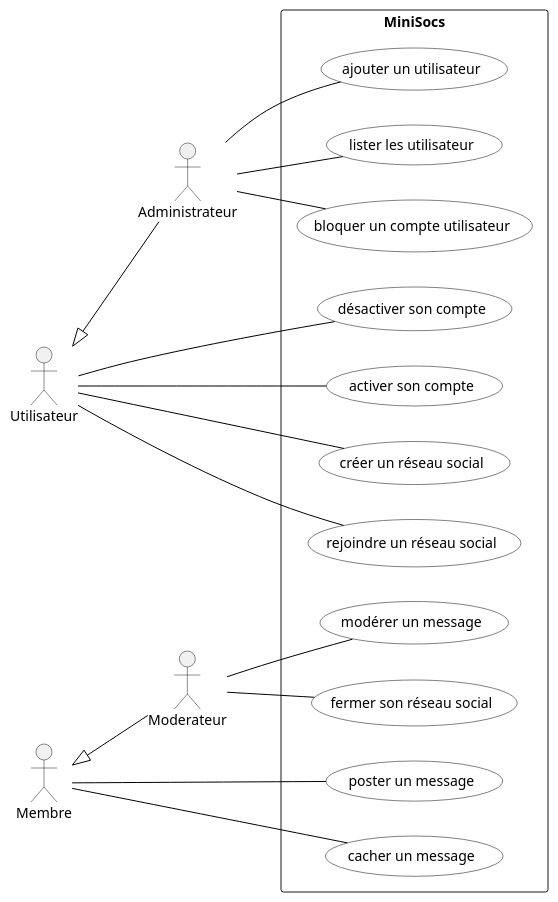
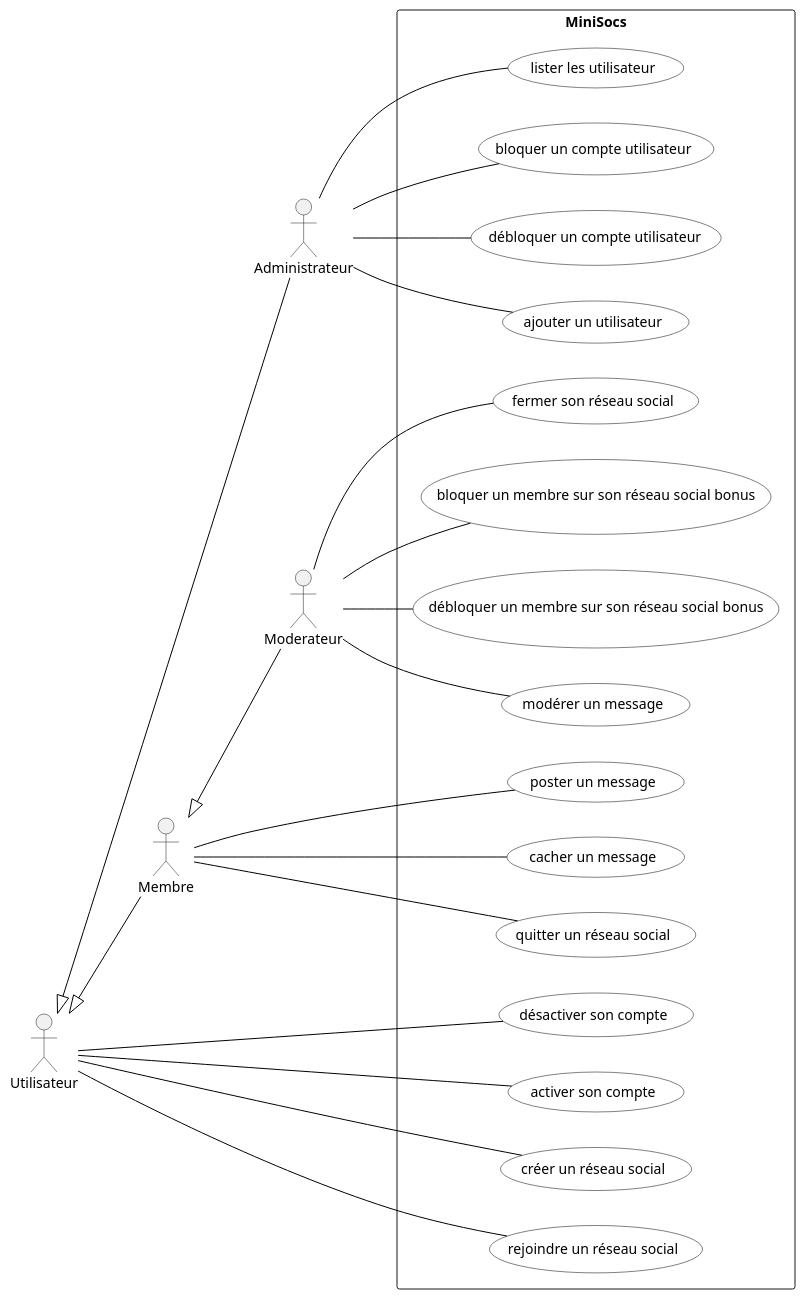
One commit to lukalafaye/MiniSocs changed the diagram in Diagrammes/minisocs_uml_diag_cas_utilisation.pu. Above: the diagram before and after it, drawn with PlantUML. The commit also changed 2 other files, not shown here.

```diff
--- a/Diagrammes/minisocs_uml_diag_cas_utilisation.pu
+++ b/Diagrammes/minisocs_uml_diag_cas_utilisation.pu
@@ -1,42 +1,46 @@
 @startuml
 
 'Diagramme de cas d'utilisation (PlantUML)'
 
 'Configuration charte graphique'
 skinparam usecase {
 BackgroundColor White
 BorderColor Black
 ArrowColor Black
 ActorBackgroundColor<< Human >> Gold
 }
 
 left to right direction
 
 'Déclaration des acteurs :'
 actor Administrateur
 actor Utilisateur
 actor Membre
 actor Moderateur
 Utilisateur <|-- Administrateur
 Membre      <|-- Moderateur
+Utilisateur <|-- Membre
 
 'Déclaration des cas d'utilisation dans le système'
 rectangle "MiniSocs" {
 :Administrateur: -- (ajouter un utilisateur)
 :Administrateur: -- (lister les utilisateur)
 :Administrateur: -- (bloquer un compte utilisateur)
+:Administrateur: -- (débloquer un compte utilisateur)
 
 :Utilisateur:    -- (désactiver son compte)
 :Utilisateur:    -- (activer son compte)
 :Utilisateur:    -- (créer un réseau social)
 :Utilisateur:    -- (rejoindre un réseau social)
 
-
 :Moderateur:     -- (modérer un message)
 :Moderateur:     -- (fermer son réseau social) 
+:Moderateur:     -- (bloquer un membre sur son réseau social bonus)
+:Moderateur:     -- (débloquer un membre sur son réseau social bonus)
 
 :Membre:         -- (poster un message)
 :Membre:         -- (cacher un message)
+:Membre:         -- (quitter un réseau social)
 }
 
 @enduml
```
